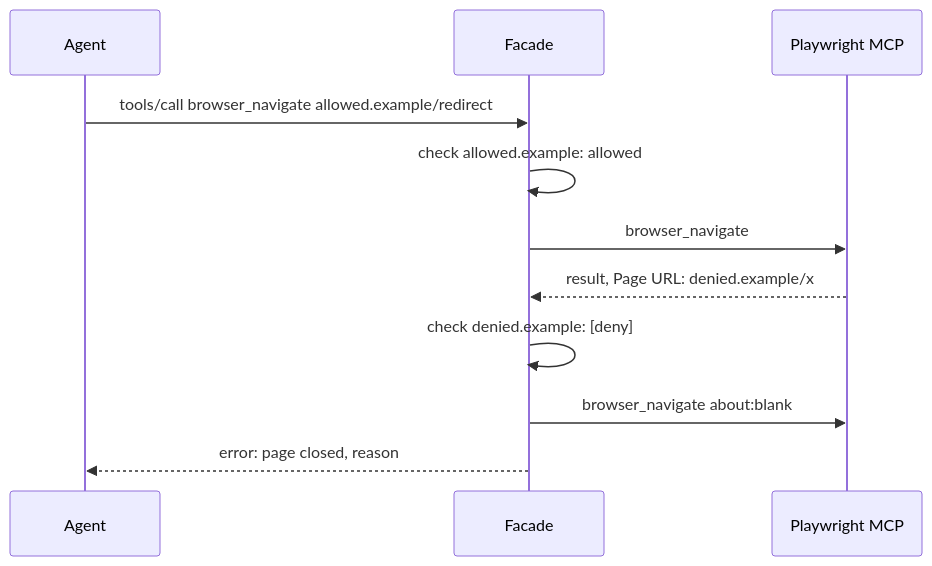
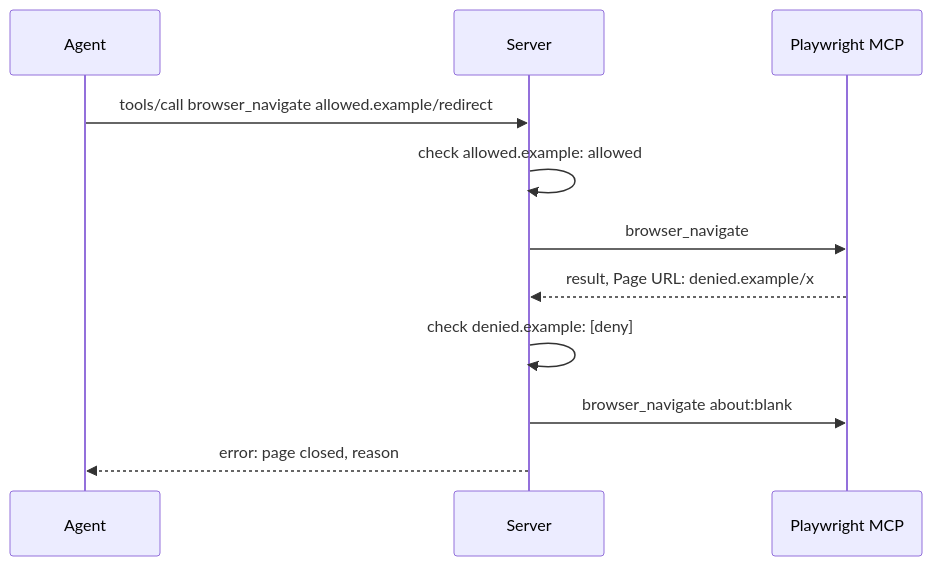
Before and after one commit to npstash/shared: the fifth of 6 diagrams in tools/browser-automation-x-mcp/sdd/DESIGN.md, drawn with Mermaid. The commit also changed other lines of this file and 46 other files, not shown here.

First line of the commit message:
browser-automation-x-mcp: one MCP server on Playwright and Chromium only; neutral naming

````diff
--- a/tools/browser-automation-x-mcp/sdd/DESIGN.md
+++ b/tools/browser-automation-x-mcp/sdd/DESIGN.md
@@ -213,10 +209,10 @@
 ```mermaid
 sequenceDiagram
-    Agent->>Facade: tools/call browser_navigate allowed.example/redirect
-    Facade->>Facade: check allowed.example: allowed
-    Facade->>Playwright MCP: browser_navigate
-    Playwright MCP-->>Facade: result, Page URL: denied.example/x
-    Facade->>Facade: check denied.example: [deny]
-    Facade->>Playwright MCP: browser_navigate about:blank
-    Facade-->>Agent: error: page closed, reason
+    Agent->>Server: tools/call browser_navigate allowed.example/redirect
+    Server->>Server: check allowed.example: allowed
+    Server->>Playwright MCP: browser_navigate
+    Playwright MCP-->>Server: result, Page URL: denied.example/x
+    Server->>Server: check denied.example: [deny]
+    Server->>Playwright MCP: browser_navigate about:blank
+    Server-->>Agent: error: page closed, reason
 ```
````
